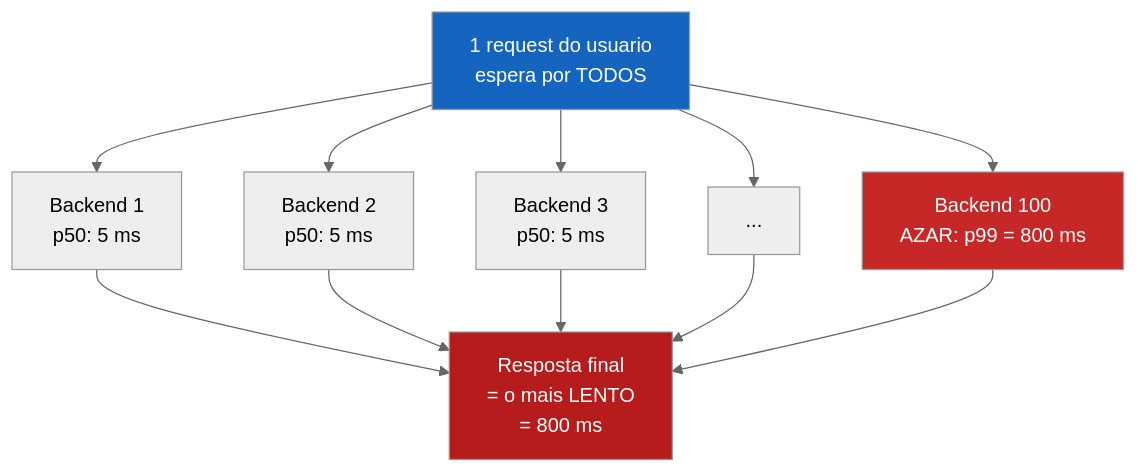
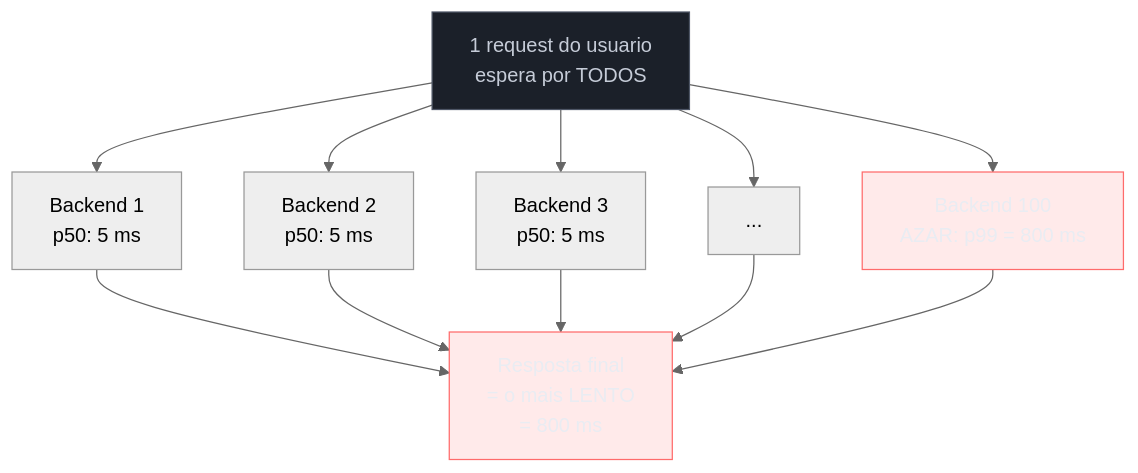
The second of 5 diagrams in 03-Dominios/Ciência/Redes e Protocolos/12 - Latência, throughput e os números.md (josenaldo/codex-technomanticus), drawn with Mermaid (neutral theme) before and after one commit. The commit also changed other lines of this file and 1181 other files, not shown here.

First line of the commit message:
fix(diagramas): paleta do sistema no lugar de cor cravada no markdown

````diff
--- a/03-Dominios/Ciência/Redes e Protocolos/12 - Latência, throughput e os números.md
+++ b/03-Dominios/Ciência/Redes e Protocolos/12 - Latência, throughput e os números.md
@@ -133,18 +136,20 @@
 ```mermaid
 flowchart TD
+    classDef falha fill:#FF6B6B24,stroke:#FF6B6B,color:#E9ECF2
+    classDef neutro fill:#1B2029,stroke:#4E5666,color:#C6CCD8
     REQ["1 request do usuario<br/>espera por TODOS"] --> B1["Backend 1<br/>p50: 5 ms"]
     REQ --> B2["Backend 2<br/>p50: 5 ms"]
     REQ --> B3["Backend 3<br/>p50: 5 ms"]
     REQ --> DOTS["..."]
     REQ --> B100["Backend 100<br/>AZAR: p99 = 800 ms"]
 
     B1 --> JOIN["Resposta final<br/>= o mais LENTO<br/>= 800 ms"]
     B2 --> JOIN
     B3 --> JOIN
     DOTS --> JOIN
     B100 --> JOIN
 
-    style B100 fill:#c62828,color:#fff
-    style JOIN fill:#b71c1c,color:#fff
-    style REQ fill:#1565c0,color:#fff
+    class B100 falha
+    class JOIN falha
+    class REQ neutro
 ```
````
